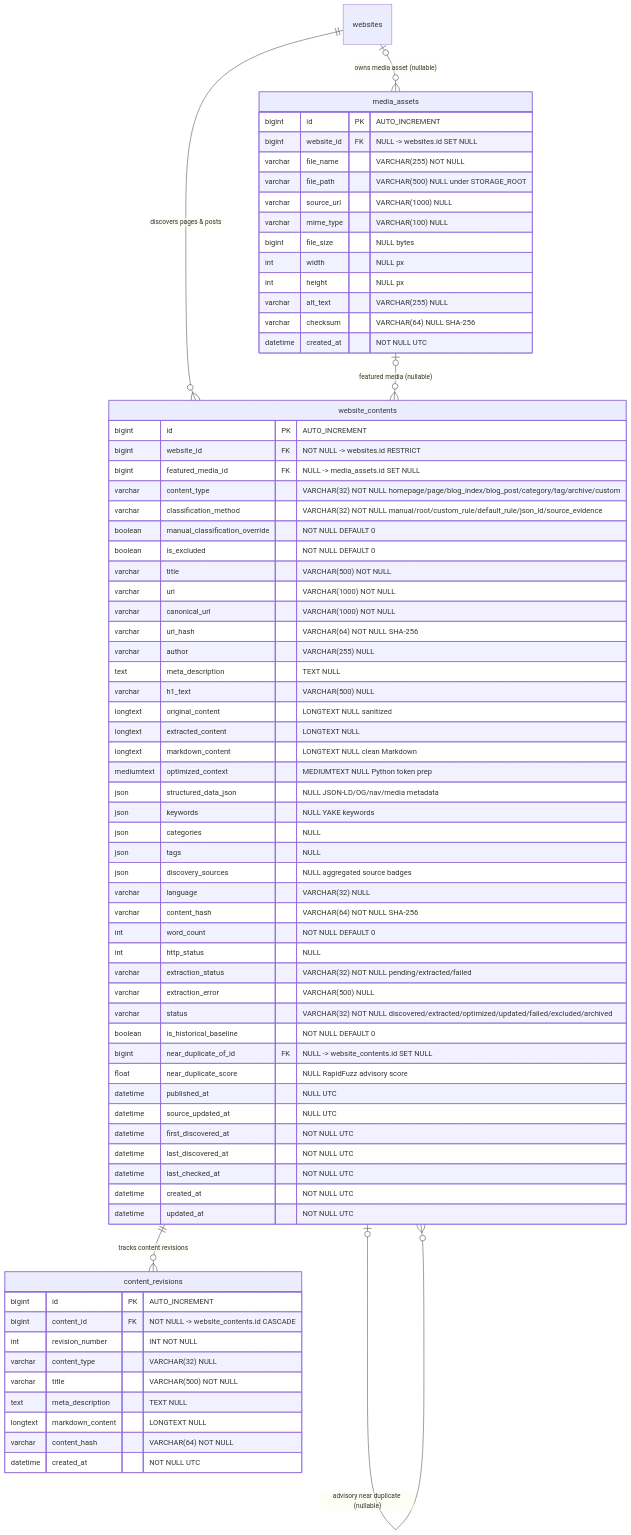
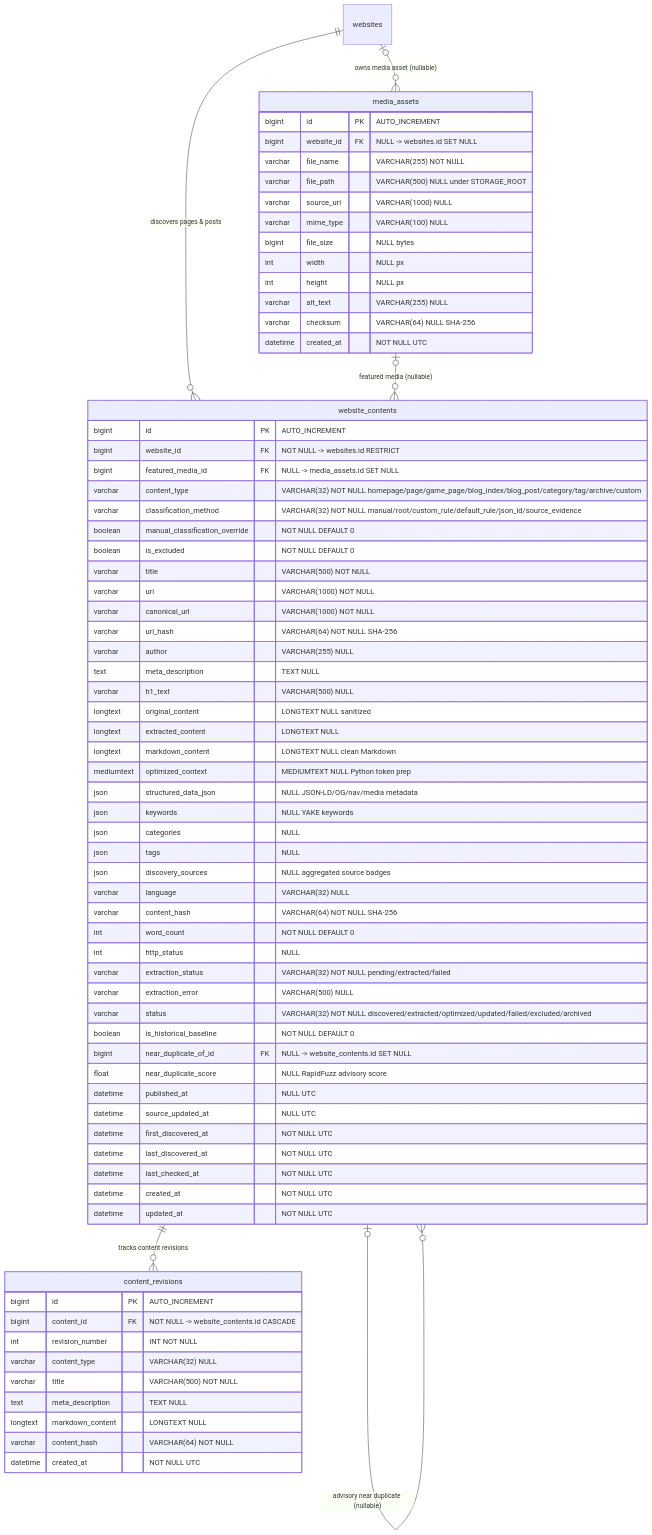
One commit to YumiAlmero03/website-management changed the third of 11 diagrams in contenthub-ai/docs/DATABASE.md. Above: the diagram before and after it, drawn with Mermaid. The commit also changed other lines of this file and 112 other files, not shown here.

````diff
--- a/contenthub-ai/docs/DATABASE.md
+++ b/contenthub-ai/docs/DATABASE.md
@@ -371,78 +371,78 @@
 ```mermaid
 erDiagram
     websites |o--o{ media_assets : "owns media asset (nullable)"
     websites ||--o{ website_contents : "discovers pages & posts"
     media_assets |o--o{ website_contents : "featured media (nullable)"
     website_contents |o--o{ website_contents : "advisory near duplicate (nullable)"
     website_contents ||--o{ content_revisions : "tracks content revisions"
 
     media_assets {
         bigint id PK "AUTO_INCREMENT"
         bigint website_id FK "NULL -> websites.id SET NULL"
         varchar file_name "VARCHAR(255) NOT NULL"
         varchar file_path "VARCHAR(500) NULL under STORAGE_ROOT"
         varchar source_url "VARCHAR(1000) NULL"
         varchar mime_type "VARCHAR(100) NULL"
         bigint file_size "NULL bytes"
         int width "NULL px"
         int height "NULL px"
         varchar alt_text "VARCHAR(255) NULL"
         varchar checksum "VARCHAR(64) NULL SHA-256"
         datetime created_at "NOT NULL UTC"
     }
 
     website_contents {
         bigint id PK "AUTO_INCREMENT"
         bigint website_id FK "NOT NULL -> websites.id RESTRICT"
         bigint featured_media_id FK "NULL -> media_assets.id SET NULL"
-        varchar content_type "VARCHAR(32) NOT NULL homepage/page/blog_index/blog_post/category/tag/archive/custom"
+        varchar content_type "VARCHAR(32) NOT NULL homepage/page/game_page/blog_index/blog_post/category/tag/archive/custom"
         varchar classification_method "VARCHAR(32) NOT NULL manual/root/custom_rule/default_rule/json_ld/source_evidence"
         boolean manual_classification_override "NOT NULL DEFAULT 0"
         boolean is_excluded "NOT NULL DEFAULT 0"
         varchar title "VARCHAR(500) NOT NULL"
         varchar url "VARCHAR(1000) NOT NULL"
         varchar canonical_url "VARCHAR(1000) NOT NULL"
         varchar url_hash "VARCHAR(64) NOT NULL SHA-256"
         varchar author "VARCHAR(255) NULL"
         text meta_description "TEXT NULL"
         varchar h1_text "VARCHAR(500) NULL"
         longtext original_content "LONGTEXT NULL sanitized"
         longtext extracted_content "LONGTEXT NULL"
         longtext markdown_content "LONGTEXT NULL clean Markdown"
         mediumtext optimized_context "MEDIUMTEXT NULL Python token prep"
         json structured_data_json "NULL JSON-LD/OG/nav/media metadata"
         json keywords "NULL YAKE keywords"
         json categories "NULL"
         json tags "NULL"
         json discovery_sources "NULL aggregated source badges"
         varchar language "VARCHAR(32) NULL"
         varchar content_hash "VARCHAR(64) NOT NULL SHA-256"
         int word_count "NOT NULL DEFAULT 0"
         int http_status "NULL"
         varchar extraction_status "VARCHAR(32) NOT NULL pending/extracted/failed"
         varchar extraction_error "VARCHAR(500) NULL"
         varchar status "VARCHAR(32) NOT NULL discovered/extracted/optimized/updated/failed/excluded/archived"
         boolean is_historical_baseline "NOT NULL DEFAULT 0"
         bigint near_duplicate_of_id FK "NULL -> website_contents.id SET NULL"
         float near_duplicate_score "NULL RapidFuzz advisory score"
         datetime published_at "NULL UTC"
         datetime source_updated_at "NULL UTC"
         datetime first_discovered_at "NOT NULL UTC"
         datetime last_discovered_at "NOT NULL UTC"
         datetime last_checked_at "NOT NULL UTC"
         datetime created_at "NOT NULL UTC"
         datetime updated_at "NOT NULL UTC"
     }
 
     content_revisions {
         bigint id PK "AUTO_INCREMENT"
         bigint content_id FK "NOT NULL -> website_contents.id CASCADE"
         int revision_number "INT NOT NULL"
         varchar content_type "VARCHAR(32) NULL"
         varchar title "VARCHAR(500) NOT NULL"
         text meta_description "TEXT NULL"
         longtext markdown_content "LONGTEXT NULL"
         varchar content_hash "VARCHAR(64) NOT NULL"
         datetime created_at "NOT NULL UTC"
     }
 ```
````
